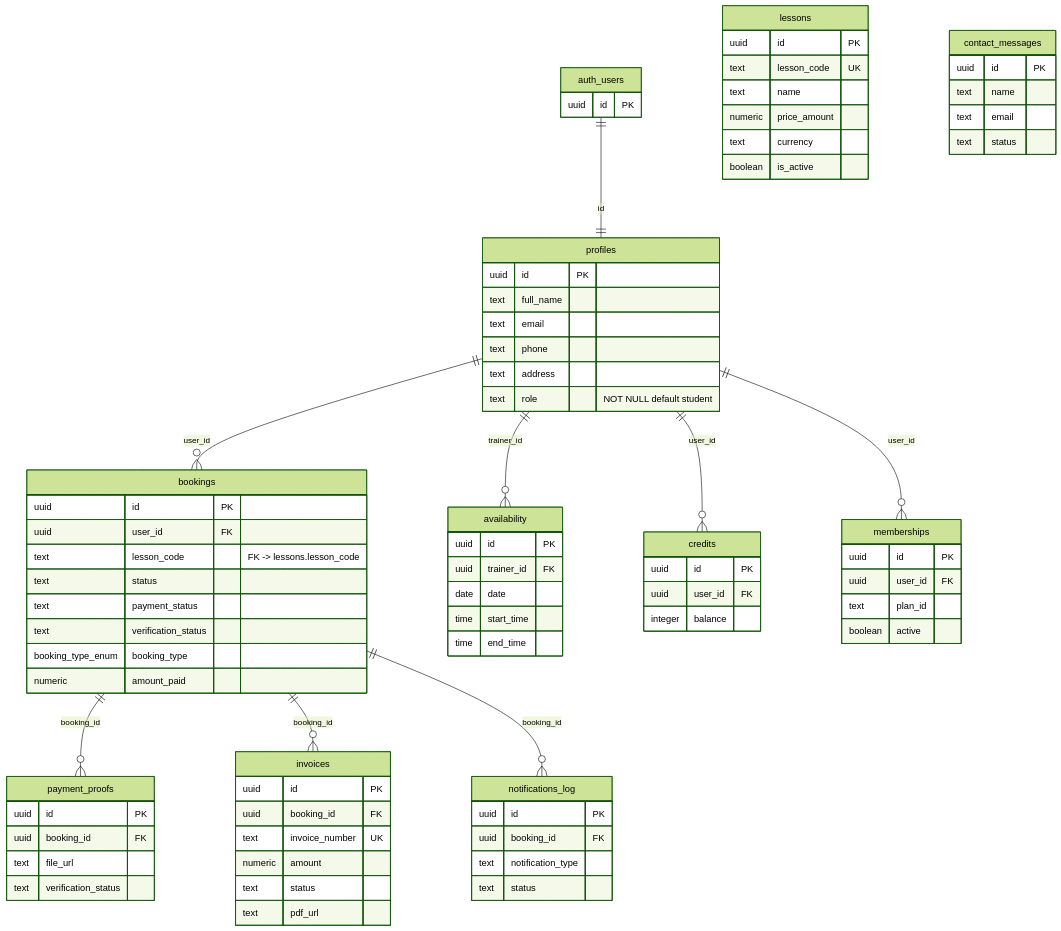
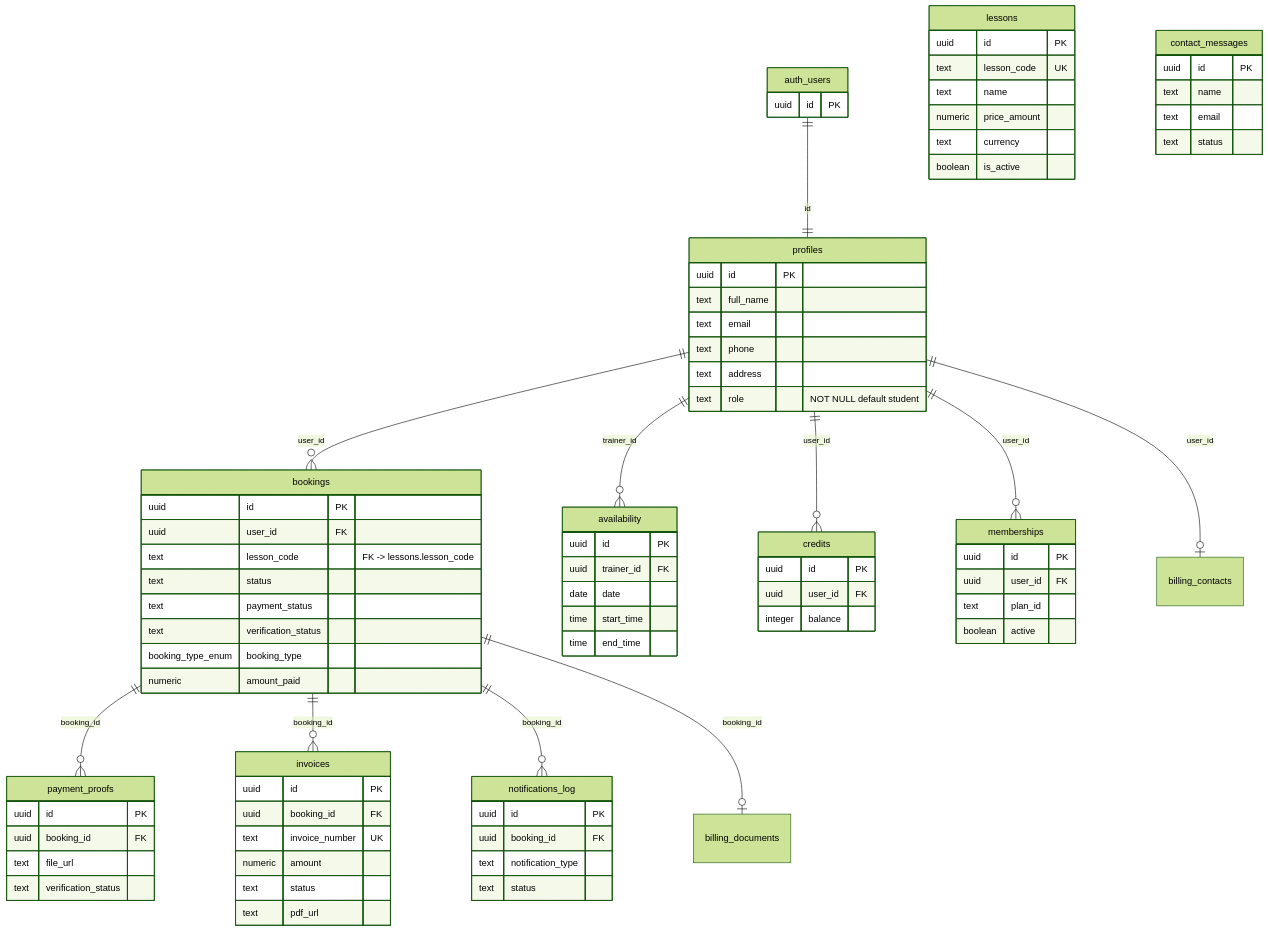
One commit to AGCPadelAcademy/web_application changed the diagram in specs/baseline-system/supabase-backend.md. Above: the diagram before and after it, drawn with Mermaid (forest theme). The commit also changed other lines of this file and 5 other files, not shown here.

````diff
--- a/specs/baseline-system/supabase-backend.md
+++ b/specs/baseline-system/supabase-backend.md
@@ -345,4 +352,6 @@
     bookings ||--o{ payment_proofs : "booking_id"
     bookings ||--o{ invoices : "booking_id"
     bookings ||--o{ notifications_log : "booking_id"
+    bookings ||--o| billing_documents : "booking_id"
+    profiles ||--o| billing_contacts : "user_id"
 ```
````
